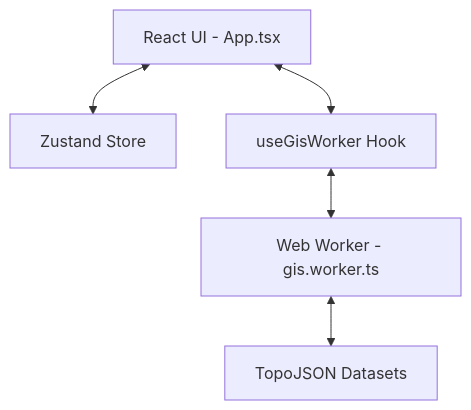
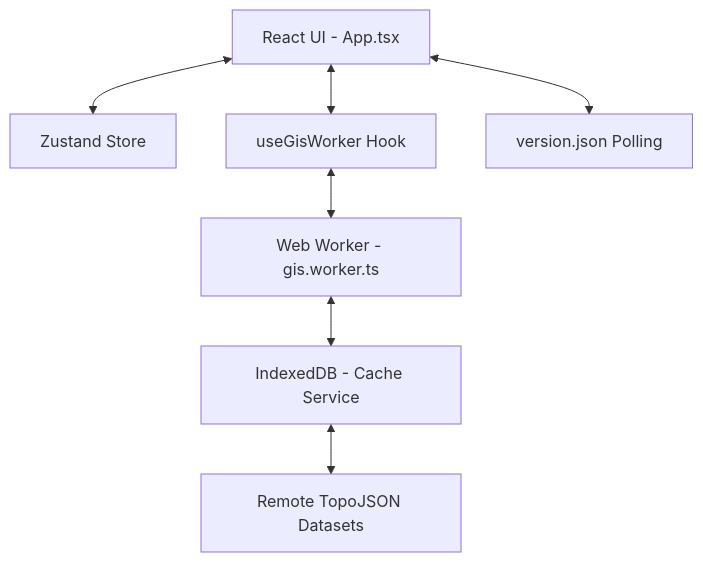
One commit to rsiva2294/namma-map-v2 changed the diagram in ARCHITECTURE.md. Above: the diagram before and after it, drawn with Mermaid. The commit also changed other lines of this file and 10 other files, not shown here.

````diff
--- a/ARCHITECTURE.md
+++ b/ARCHITECTURE.md
@@ -7,7 +7,9 @@
 ```mermaid
 graph TD
     UI[React UI - App.tsx] <--> Store[Zustand Store]
     UI <--> Hook[useGisWorker Hook]
     Hook <--> Worker[Web Worker - gis.worker.ts]
-    Worker <--> Data[TopoJSON Datasets]
+    Worker <--> Cache[IndexedDB - Cache Service]
+    Cache <--> Data[Remote TopoJSON Datasets]
+    UI <--> Version[version.json Polling]
 ```
````
